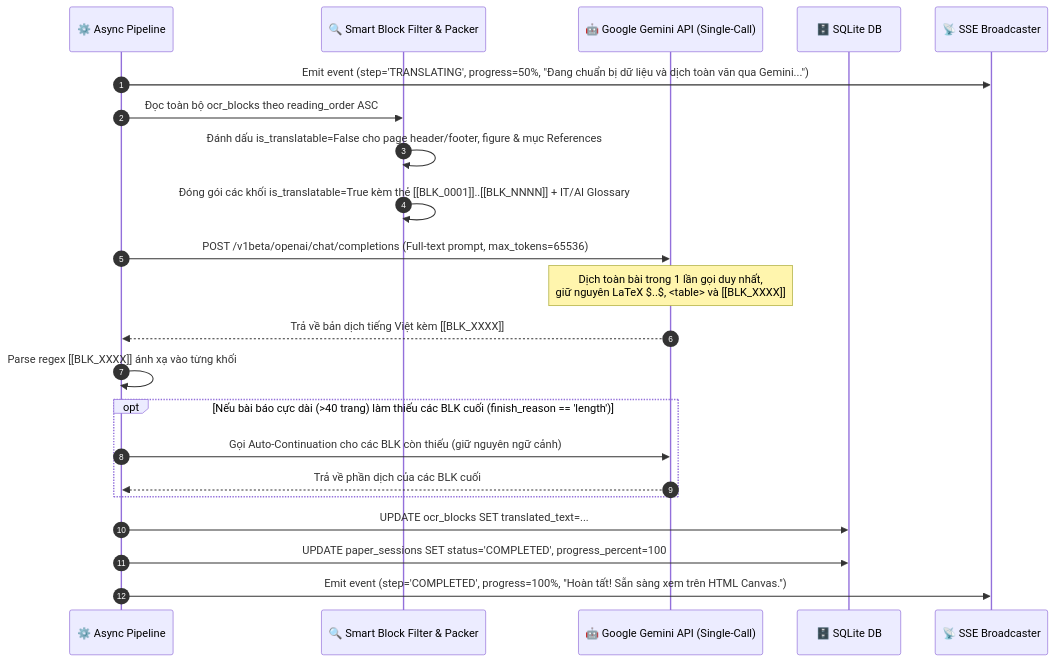
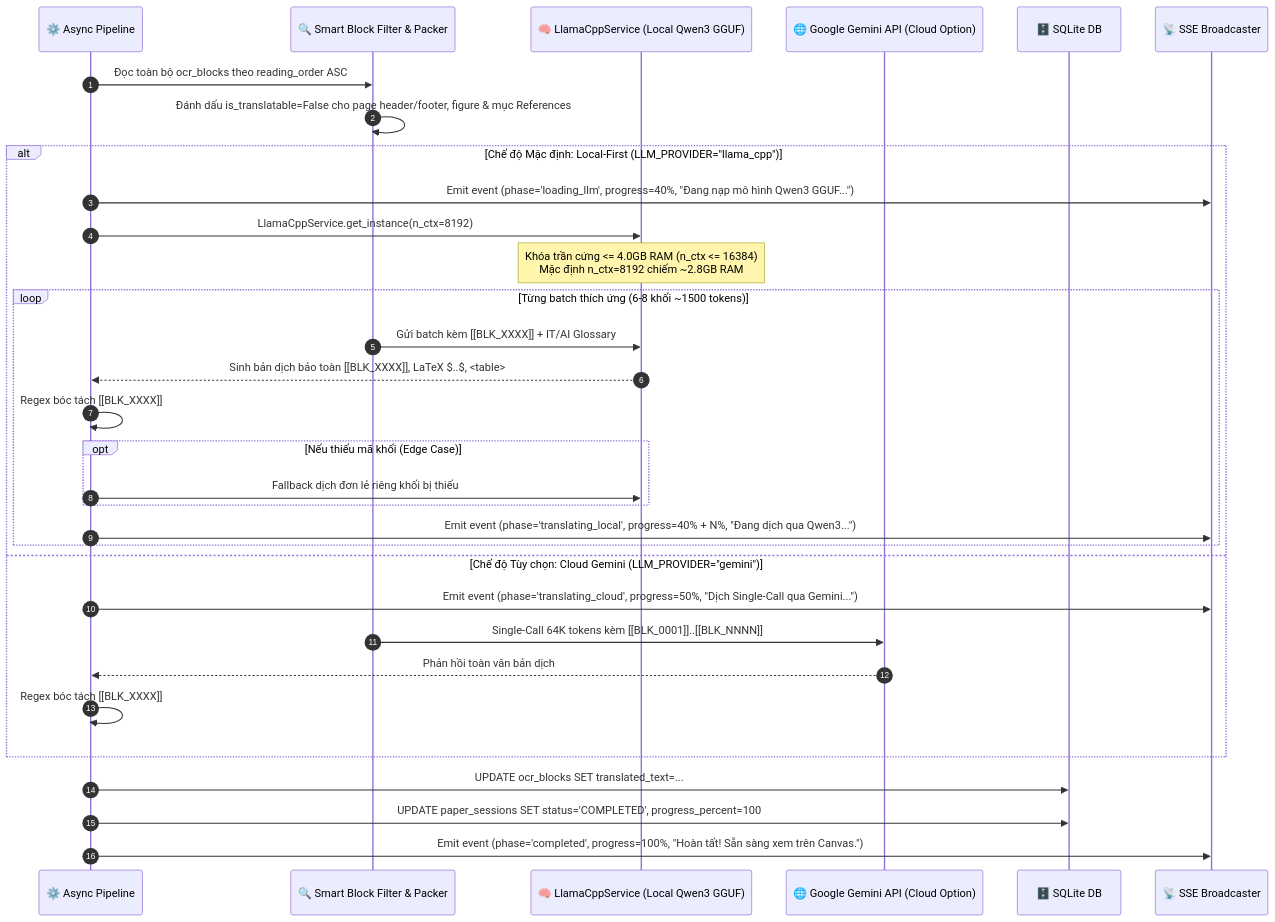
The second of 3 diagrams in docs/implementation/release-1/technical-design.md (phamvantienkiz/paper-translation), drawn with Mermaid before and after one commit. The commit also changed other lines of this file and 13 other files, not shown here.

Commit message:
update new document version for local LLM

````diff
--- a/docs/implementation/release-1/technical-design.md
+++ b/docs/implementation/release-1/technical-design.md
@@ -62,28 +67,38 @@
 ```mermaid
 sequenceDiagram
     autonumber
     participant Task as ⚙️ Async Pipeline
     participant Filter as 🔍 Smart Block Filter & Packer
-    participant Gemini as 🤖 Google Gemini API (Single-Call)
+    participant Llama as 🧠 LlamaCppService (Local Qwen3 GGUF)
+    participant Gemini as 🌐 Google Gemini API (Cloud Option)
     participant DB as 🗄️ SQLite DB
     participant SSE as 📡 SSE Broadcaster
 
-    Task->>SSE: Emit event (step='TRANSLATING', progress=50%, "Đang chuẩn bị dữ liệu và dịch toàn văn qua Gemini...")
     Task->>Filter: Đọc toàn bộ ocr_blocks theo reading_order ASC
     Filter->>Filter: Đánh dấu is_translatable=False cho page header/footer, figure & mục References
-    Filter->>Filter: Đóng gói các khối is_translatable=True kèm thẻ [[BLK_0001]]..[[BLK_NNNN]] + IT/AI Glossary
     
-    Task->>Gemini: POST /v1beta/openai/chat/completions (Full-text prompt, max_tokens=65536)
-    Note over Gemini: Dịch toàn bài trong 1 lần gọi duy nhất,<br>giữ nguyên LaTeX $..$, <table> và [[BLK_XXXX]]
-    Gemini-->>Task: Trả về bản dịch tiếng Việt kèm [[BLK_XXXX]]
-
-    Task->>Task: Parse regex [[BLK_XXXX]] ánh xạ vào từng khối
-    opt Nếu bài báo cực dài (>40 trang) làm thiếu các BLK cuối (finish_reason == 'length')
-        Task->>Gemini: Gọi Auto-Continuation cho các BLK còn thiếu (giữ nguyên ngữ cảnh)
-        Gemini-->>Task: Trả về phần dịch của các BLK cuối
+    alt Chế độ Mặc định: Local-First (LLM_PROVIDER="llama_cpp")
+        Task->>SSE: Emit event (phase='loading_llm', progress=40%, "Đang nạp mô hình Qwen3 GGUF...")
+        Task->>Llama: LlamaCppService.get_instance(n_ctx=8192)
+        Note over Llama: Khóa trần cứng <= 4.0GB RAM (n_ctx <= 16384)<br>Mặc định n_ctx=8192 chiếm ~2.8GB RAM
+        
+        loop Từng batch thích ứng (6-8 khối ~1500 tokens)
+            Filter->>Llama: Gửi batch kèm [[BLK_XXXX]] + IT/AI Glossary
+            Llama-->>Task: Sinh bản dịch bảo toàn [[BLK_XXXX]], LaTeX $..$, <table>
+            Task->>Task: Regex bóc tách [[BLK_XXXX]]
+            opt Nếu thiếu mã khối (Edge Case)
+                Task->>Llama: Fallback dịch đơn lẻ riêng khối bị thiếu
+            end
+            Task->>SSE: Emit event (phase='translating_local', progress=40% + N%, "Đang dịch qua Qwen3...")
+        end
+    else Chế độ Tùy chọn: Cloud Gemini (LLM_PROVIDER="gemini")
+        Task->>SSE: Emit event (phase='translating_cloud', progress=50%, "Dịch Single-Call qua Gemini...")
+        Filter->>Gemini: Single-Call 64K tokens kèm [[BLK_0001]]..[[BLK_NNNN]]
+        Gemini-->>Task: Phản hồi toàn văn bản dịch
+        Task->>Task: Regex bóc tách [[BLK_XXXX]]
     end
 
     Task->>DB: UPDATE ocr_blocks SET translated_text=...
     Task->>DB: UPDATE paper_sessions SET status='COMPLETED', progress_percent=100
-    Task->>SSE: Emit event (step='COMPLETED', progress=100%, "Hoàn tất! Sẵn sàng xem trên HTML Canvas.")
+    Task->>SSE: Emit event (phase='completed', progress=100%, "Hoàn tất! Sẵn sàng xem trên Canvas.")
 ```
````
